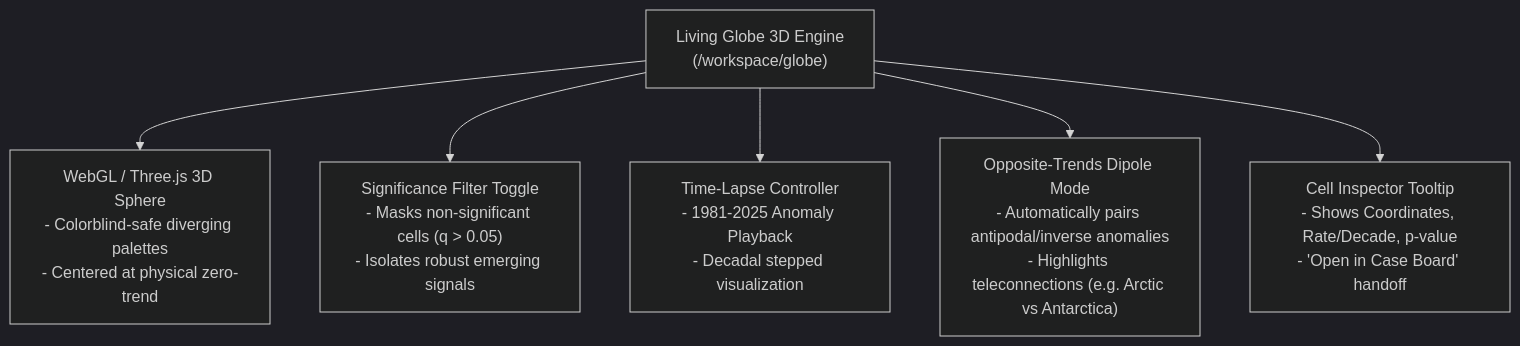
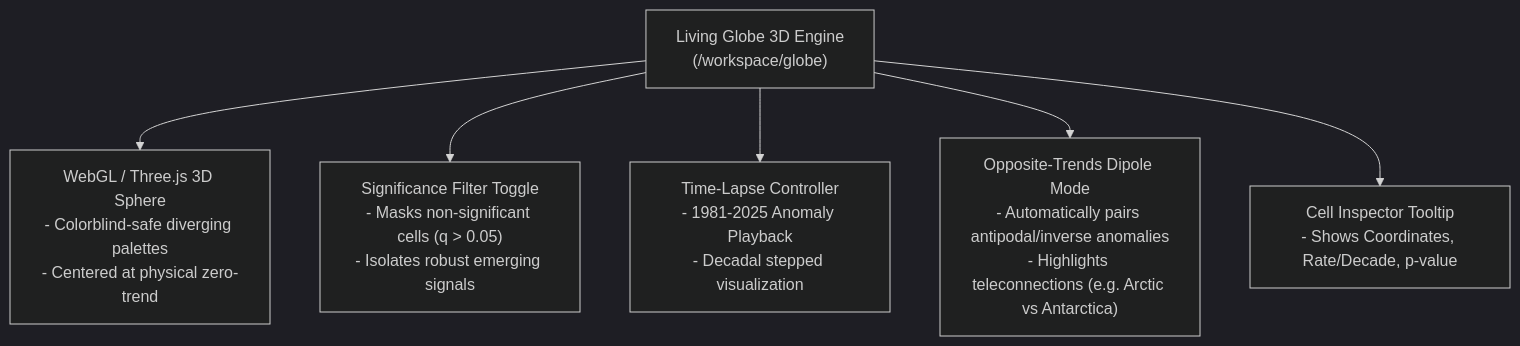
One commit to Iris-NASC26/iris changed the diagram in model context/03_global_trend_cube_and_science_pipeline.md. Above: the diagram before and after it, drawn with Mermaid (dark theme). The commit also changed other lines of this file and 369 other files, not shown here.

Commit message:
removed custom code and regional case board

````diff
--- a/model context/03_global_trend_cube_and_science_pipeline.md
+++ b/model context/03_global_trend_cube_and_science_pipeline.md
@@ -45,10 +45,10 @@
 ```mermaid
 flowchart TD
     Globe["Living Globe 3D Engine\n(/workspace/globe)"]
     
     Globe --> RENDER["WebGL / Three.js 3D Sphere\n- Colorblind-safe diverging palettes\n- Centered at physical zero-trend"]
     Globe --> FDR["Significance Filter Toggle\n- Masks non-significant cells (q > 0.05)\n- Isolates robust emerging signals"]
     Globe --> TIME["Time-Lapse Controller\n- 1981-2025 Anomaly Playback\n- Decadal stepped visualization"]
     Globe --> DIPOLE["Opposite-Trends Dipole Mode\n- Automatically pairs antipodal/inverse anomalies\n- Highlights teleconnections (e.g. Arctic vs Antarctica)"]
-    Globe --> CLICK["Cell Inspector Tooltip\n- Shows Coordinates, Rate/Decade, p-value\n- 'Open in Case Board' handoff"]
+    Globe --> CLICK["Cell Inspector Tooltip\n- Shows Coordinates, Rate/Decade, p-value"]
 ```
````
